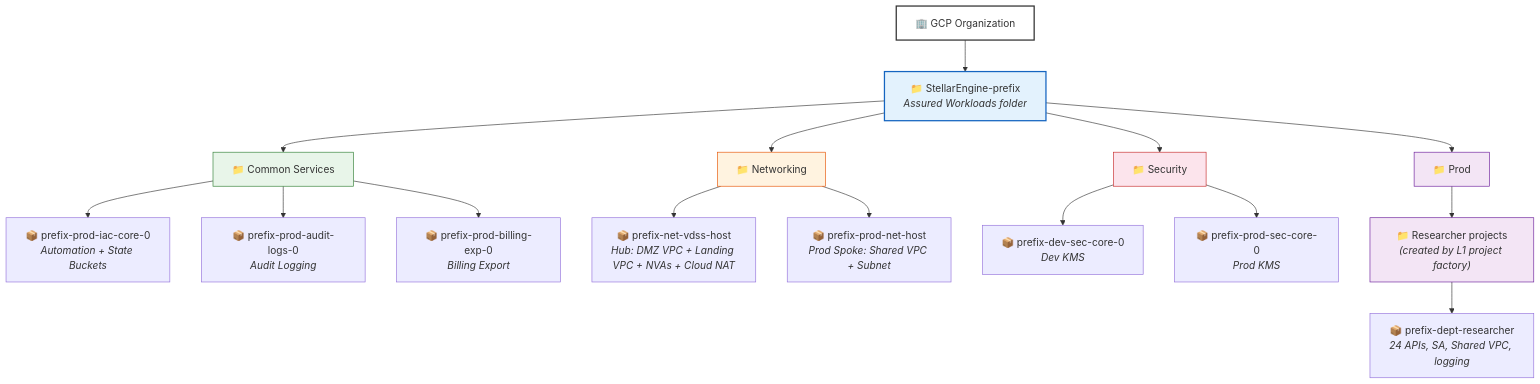
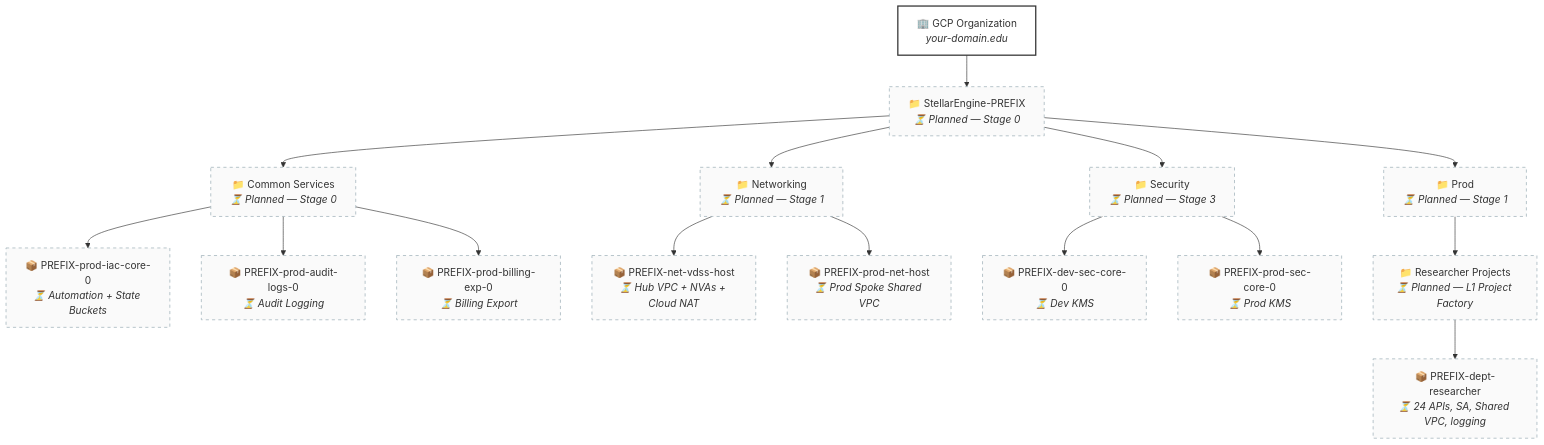
Before and after one commit to WandLZhang/fast-science-0-stellar-engine: the second of 4 diagrams in README.md, drawn with Mermaid. The commit also changed other lines of this file, not shown here.

Commit message:
Add deployment questionnaire, deployment map, and stage callouts
- 17-field questionnaire mapping to terraform.tfvars (Stages 0-2)
- Deployment map (mermaid) with planned/deployed status tracking
- Inline callouts after each stage for deployment map updates

````diff
--- a/README.md
+++ b/README.md
@@ -55,32 +82,40 @@
 ```mermaid
 graph TB
-    ORG["🏢 GCP Organization"]
+    ORG["🏢 GCP Organization<br/><i>your-domain.edu</i>"]
 
-    ORG --> AW["📁 StellarEngine-prefix<br/><i>Assured Workloads folder</i>"]
+    ORG --> AW["📁 StellarEngine-PREFIX<br/><i>⏳ Planned — Stage 0</i>"]
 
-    AW --> CS["📁 Common Services"]
-    AW --> NET["📁 Networking"]
-    AW --> SEC["📁 Security"]
-    AW --> PROD["📁 Prod"]
+    AW --> CS["📁 Common Services<br/><i>⏳ Planned — Stage 0</i>"]
+    AW --> NET["📁 Networking<br/><i>⏳ Planned — Stage 1</i>"]
+    AW --> SEC["📁 Security<br/><i>⏳ Planned — Stage 3</i>"]
+    AW --> PROD["📁 Prod<br/><i>⏳ Planned — Stage 1</i>"]
 
-    CS --> P1["📦 prefix-prod-iac-core-0<br/><i>Automation + State Buckets</i>"]
-    CS --> P2["📦 prefix-prod-audit-logs-0<br/><i>Audit Logging</i>"]
-    CS --> P3["📦 prefix-prod-billing-exp-0<br/><i>Billing Export</i>"]
+    CS --> P1["📦 PREFIX-prod-iac-core-0<br/><i>⏳ Automation + State Buckets</i>"]
+    CS --> P2["📦 PREFIX-prod-audit-logs-0<br/><i>⏳ Audit Logging</i>"]
+    CS --> P3["📦 PREFIX-prod-billing-exp-0<br/><i>⏳ Billing Export</i>"]
 
-    NET --> P4["📦 prefix-net-vdss-host<br/><i>Hub: DMZ VPC + Landing VPC + NVAs + Cloud NAT</i>"]
-    NET --> P5["📦 prefix-prod-net-host<br/><i>Prod Spoke: Shared VPC + Subnet</i>"]
+    NET --> P4["📦 PREFIX-net-vdss-host<br/><i>⏳ Hub VPC + NVAs + Cloud NAT</i>"]
+    NET --> P5["📦 PREFIX-prod-net-host<br/><i>⏳ Prod Spoke Shared VPC</i>"]
 
-    SEC --> P8["📦 prefix-dev-sec-core-0<br/><i>Dev KMS</i>"]
-    SEC --> P9["📦 prefix-prod-sec-core-0<br/><i>Prod KMS</i>"]
+    SEC --> P8["📦 PREFIX-dev-sec-core-0<br/><i>⏳ Dev KMS</i>"]
+    SEC --> P9["📦 PREFIX-prod-sec-core-0<br/><i>⏳ Prod KMS</i>"]
 
-    PROD --> L1["📁 Researcher projects<br/><i>(created by L1 project factory)</i>"]
-    L1 --> RP["📦 prefix-dept-researcher<br/><i>24 APIs, SA, Shared VPC, logging</i>"]
+    PROD --> L1["📁 Researcher Projects<br/><i>⏳ Planned — L1 Project Factory</i>"]
+    L1 --> RP["📦 PREFIX-dept-researcher<br/><i>⏳ 24 APIs, SA, Shared VPC, logging</i>"]
 
     style ORG fill:#fff,stroke:#333,stroke-width:2px
-    style AW fill:#e3f2fd,stroke:#1565c0,stroke-width:2px
-    style CS fill:#e8f5e9,stroke:#2e7d32
-    style NET fill:#fff3e0,stroke:#e65100
-    style SEC fill:#fce4ec,stroke:#c62828
-    style PROD fill:#f3e5f5,stroke:#6a1b9a
-    style L1 fill:#f3e5f5,stroke:#6a1b9a
+    style AW stroke-dasharray: 5 5,stroke:#90a4ae,fill:#fafafa
+    style CS stroke-dasharray: 5 5,stroke:#90a4ae,fill:#fafafa
+    style NET stroke-dasharray: 5 5,stroke:#90a4ae,fill:#fafafa
+    style SEC stroke-dasharray: 5 5,stroke:#90a4ae,fill:#fafafa
+    style PROD stroke-dasharray: 5 5,stroke:#90a4ae,fill:#fafafa
+    style P1 stroke-dasharray: 5 5,stroke:#90a4ae,fill:#fafafa
+    style P2 stroke-dasharray: 5 5,stroke:#90a4ae,fill:#fafafa
+    style P3 stroke-dasharray: 5 5,stroke:#90a4ae,fill:#fafafa
+    style P4 stroke-dasharray: 5 5,stroke:#90a4ae,fill:#fafafa
+    style P5 stroke-dasharray: 5 5,stroke:#90a4ae,fill:#fafafa
+    style P8 stroke-dasharray: 5 5,stroke:#90a4ae,fill:#fafafa
+    style P9 stroke-dasharray: 5 5,stroke:#90a4ae,fill:#fafafa
+    style L1 stroke-dasharray: 5 5,stroke:#90a4ae,fill:#fafafa
+    style RP stroke-dasharray: 5 5,stroke:#90a4ae,fill:#fafafa
 ```
````
